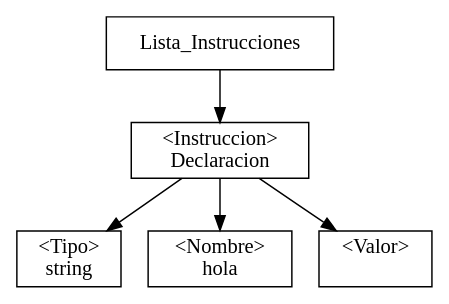
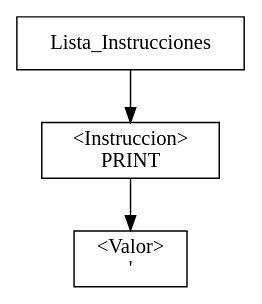
One commit to albertyItzep/OLC1-201908658 changed the diagram in Proyecto2/Frontend/mfmscript/src/assets/ast.dot. Above: the diagram before and after it, drawn with Graphviz. The commit also changed 5 other files, not shown here.

```diff
--- a/Proyecto2/Frontend/mfmscript/src/assets/ast.dot
+++ b/Proyecto2/Frontend/mfmscript/src/assets/ast.dot
@@ -1,15 +1,10 @@
 
 digraph G {
 node[shape="box"];
 start[label="Lista_Instrucciones"];
 
 start -> nodo_1_0;
-
-nodo_1_0[label="<Instruccion>\n Declaracion"];
-tipo_1_0[label="<Tipo>\n string"];
-nombre_1_0[label="<Nombre>\n hola"];
-nodo_1_0 -> tipo_1_0;
-nodo_1_0 -> nombre_1_0;
-nodo_1_15[label="<Valor>\n "]
-nodo_1_0 -> nodo_1_15
+nodo_1_0[label="<Instruccion>\n PRINT"]
+nodo_1_9[label="<Valor>\n \'"]
+nodo_1_0 -> nodo_1_9;
 }
```
